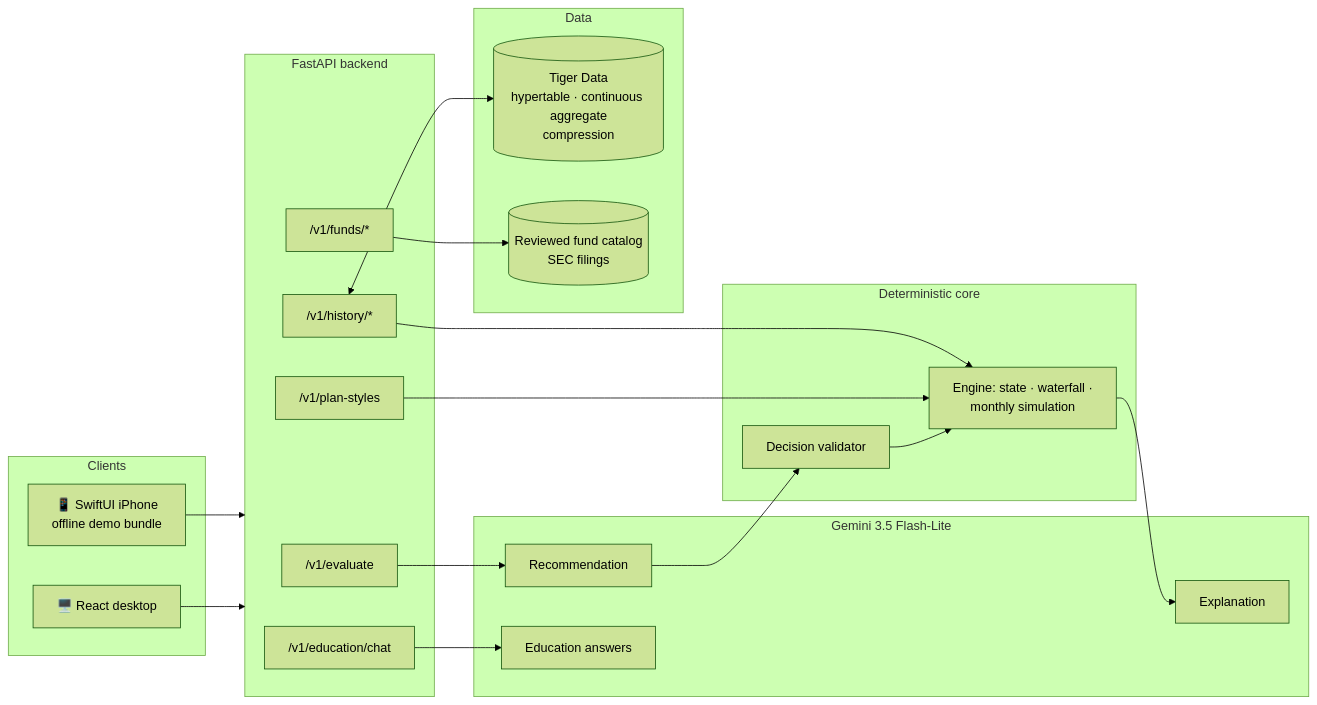
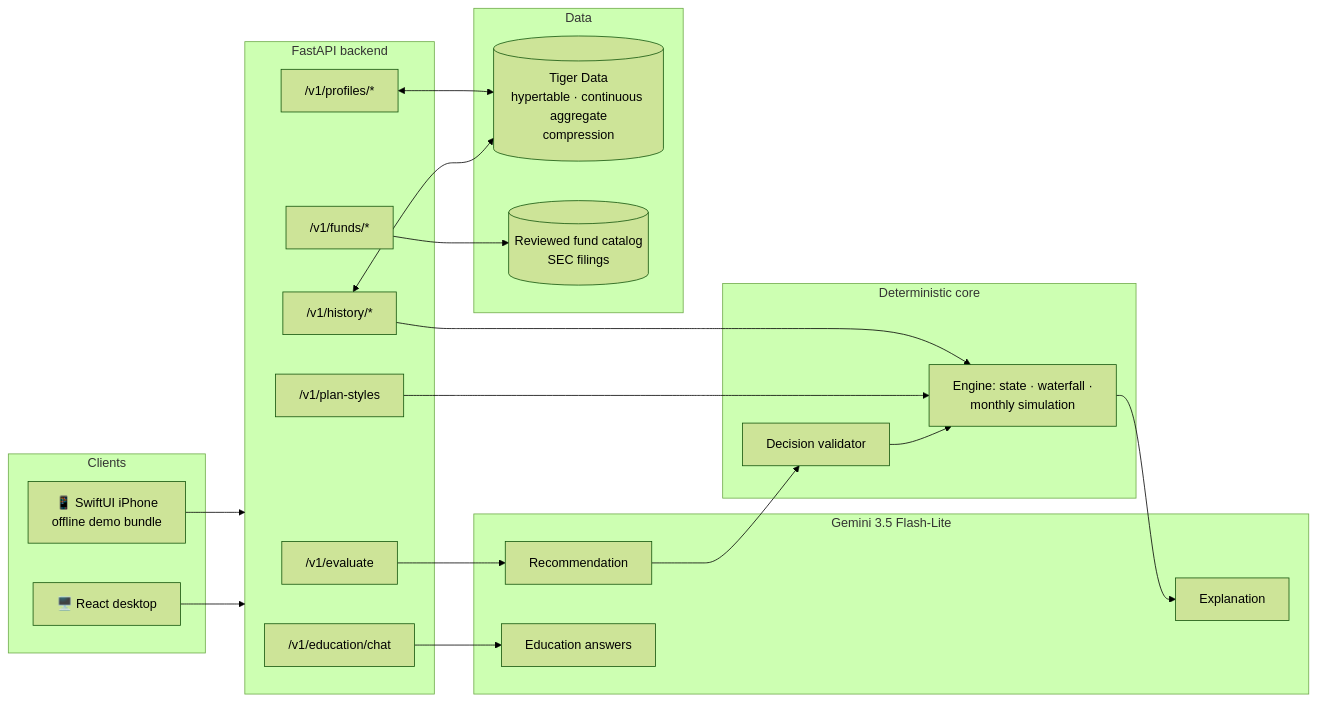
Before and after one commit to TheCoderrrrr/HackUMBC: the second of 3 diagrams in README.md, drawn with Mermaid (forest theme). The commit also changed other lines of this file and 19 other files, not shown here.

````diff
--- a/README.md
+++ b/README.md
@@ -110,41 +100,38 @@
 ```mermaid
 flowchart LR
     subgraph clients["Clients"]
         desktop["🖥️ React desktop"]
         ios["📱 SwiftUI iPhone<br/>offline demo bundle"]
     end
-
     subgraph api["FastAPI backend"]
         evaluate["/v1/evaluate"]
         styles["/v1/plan-styles"]
         history["/v1/history/*"]
+        people["/v1/profiles/*"]
         funds["/v1/funds/*"]
         chat["/v1/education/chat"]
     end
-
     subgraph core["Deterministic core"]
         engine["Engine: state · waterfall ·<br/>monthly simulation"]
         validator["Decision validator"]
     end
-
     subgraph ai["Gemini 3.5 Flash-Lite"]
         rec["Recommendation"]
         exp["Explanation"]
         edu["Education answers"]
     end
-
     subgraph data["Data"]
         tiger[("Tiger Data<br/>hypertable · continuous aggregate<br/>compression")]
         catalog[("Reviewed fund catalog<br/>SEC filings")]
     end
-
     desktop --> api
     ios --> api
     evaluate --> rec --> validator --> engine
     engine --> exp
     styles --> engine
     history --> engine
     history <--> tiger
+    people <--> tiger
     funds --> catalog
     chat --> edu
 ```
````
